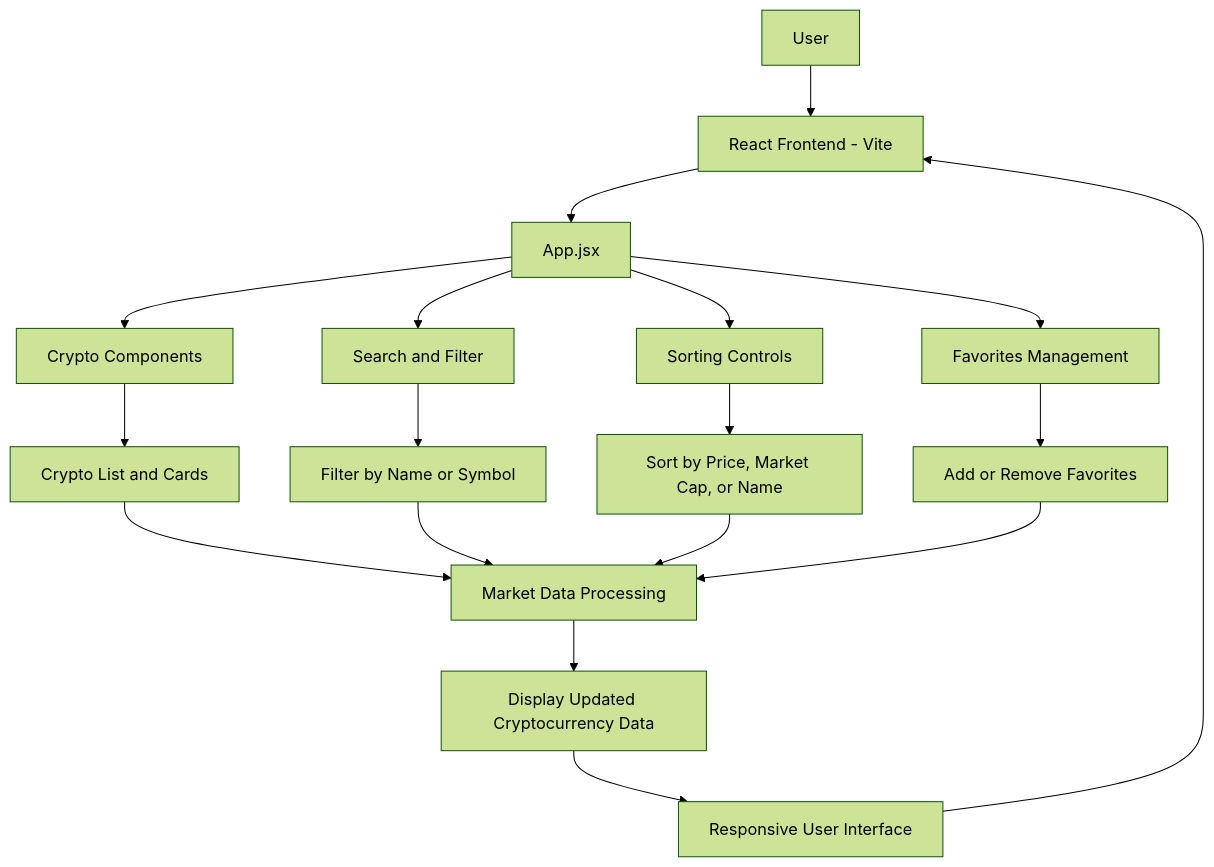
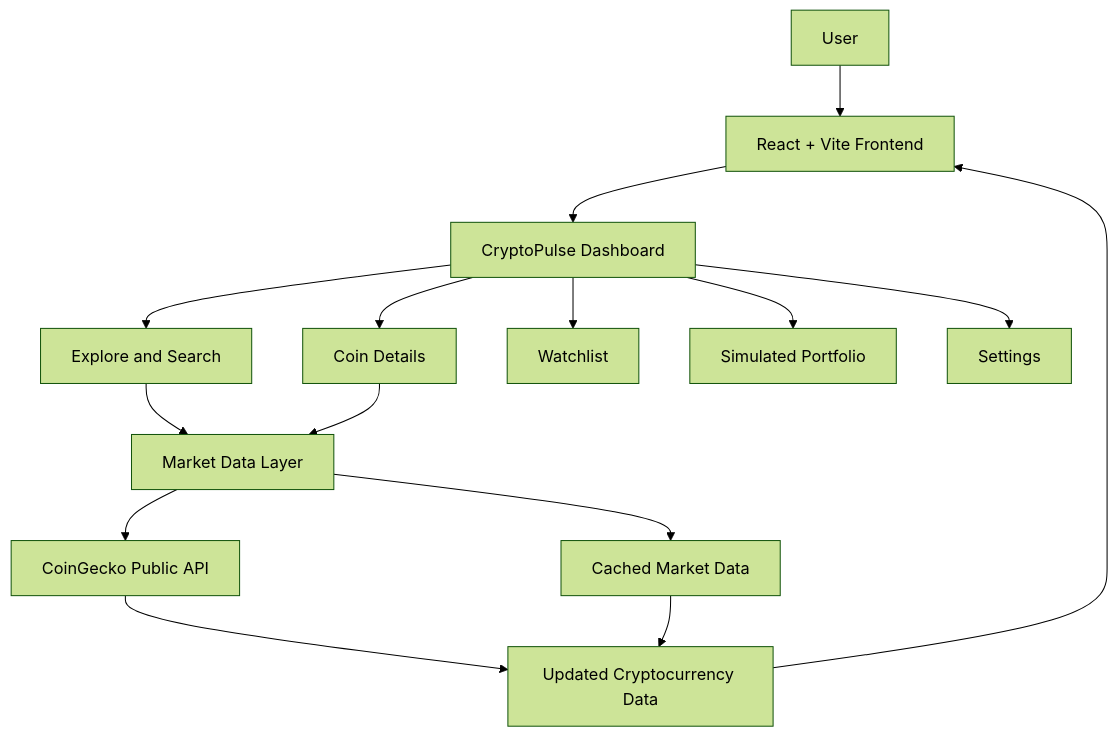
The diagram in README.md (arjuniverse/CryptoPulse), drawn with Mermaid (forest theme) before and after one commit. The commit also changed other lines of this file and 13 other files, not shown here.

Commit message:
Rebuild CryptoPulse with premium dashboard

````diff
--- a/README.md
+++ b/README.md
@@ -65,28 +29,17 @@
 ```mermaid
 flowchart TD
-
-    A[User] --> B[React Frontend - Vite]
-
-    B --> C[App.jsx]
-
-    C --> D[Crypto Components]
-    C --> E[Search and Filter]
-    C --> F[Sorting Controls]
-    C --> G[Favorites Management]
-
-    D --> H[Crypto List and Cards]
-    E --> I[Filter by Name or Symbol]
-    F --> J[Sort by Price, Market Cap, or Name]
-    G --> K[Add or Remove Favorites]
-
-    H --> L[Market Data Processing]
-    I --> L
-    J --> L
+    A[User] --> B[React + Vite Frontend]
+    B --> C[CryptoPulse Dashboard]
+    C --> D[Explore and Search]
+    C --> E[Coin Details]
+    C --> F[Watchlist]
+    C --> G[Simulated Portfolio]
+    C --> H[Settings]
+    D --> I[Market Data Layer]
+    E --> I
+    I --> J[CoinGecko Public API]
+    I --> K[Cached Market Data]
+    J --> L[Updated Cryptocurrency Data]
     K --> L
-
-    L --> M[Display Updated Cryptocurrency Data]
-
-    M --> N[Responsive User Interface]
-
-    N --> B
+    L --> B
 ```
````
